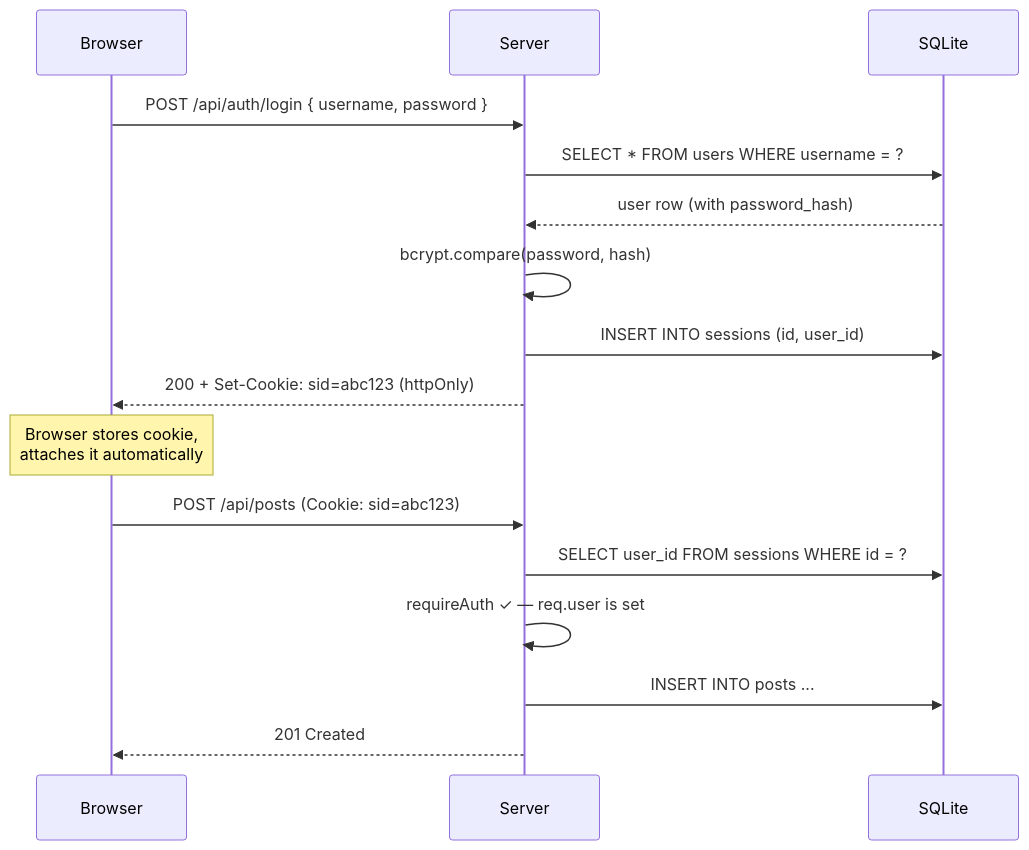
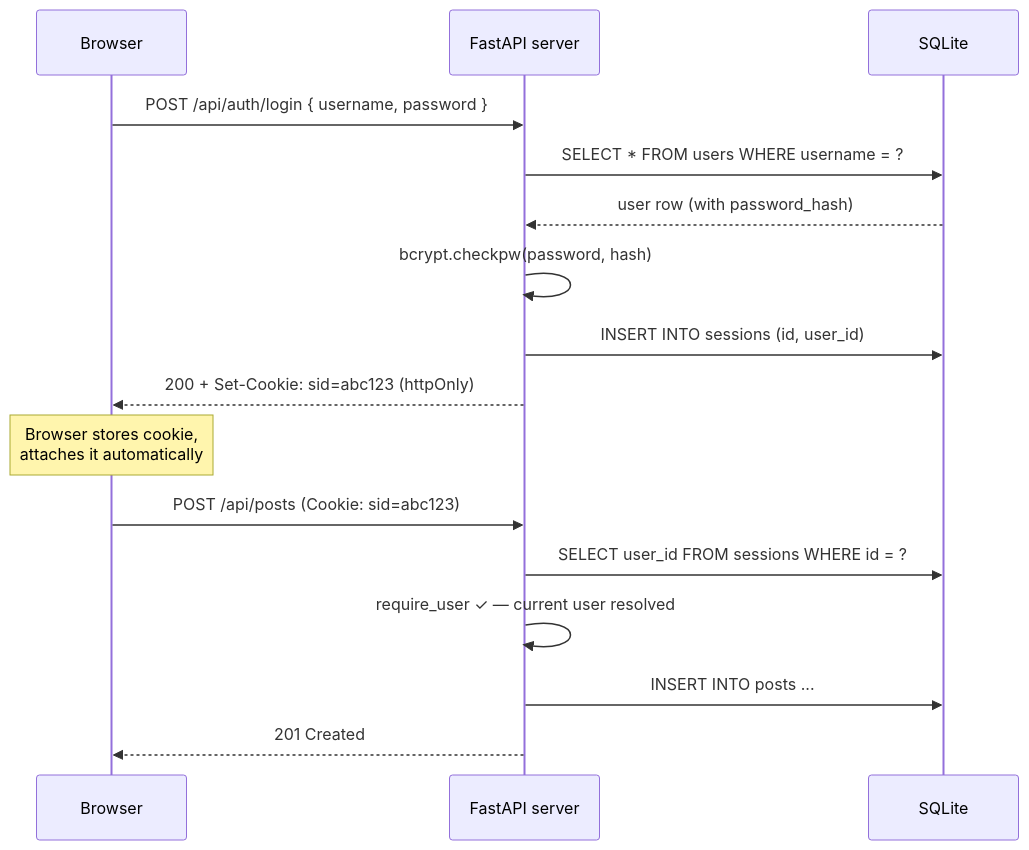
Before and after one commit to dannyyampik/learnig_app_se: the fourth of 5 diagrams in DESIGN.md, drawn with Mermaid. The commit also changed other lines of this file, not shown here.

First line of the commit message:
Switch backend design to Python + FastAPI; record review decisions

````diff
--- a/DESIGN.md
+++ b/DESIGN.md
@@ -255,20 +279,20 @@
 ```mermaid
 sequenceDiagram
     participant B as Browser
-    participant S as Server
+    participant S as FastAPI server
     participant DB as SQLite
 
     B->>S: POST /api/auth/login { username, password }
     S->>DB: SELECT * FROM users WHERE username = ?
     DB-->>S: user row (with password_hash)
-    S->>S: bcrypt.compare(password, hash)
+    S->>S: bcrypt.checkpw(password, hash)
     S->>DB: INSERT INTO sessions (id, user_id)
     S-->>B: 200 + Set-Cookie: sid=abc123 (httpOnly)
     Note over B: Browser stores cookie,<br/>attaches it automatically
 
     B->>S: POST /api/posts (Cookie: sid=abc123)
     S->>DB: SELECT user_id FROM sessions WHERE id = ?
-    S->>S: requireAuth ✓ — req.user is set
+    S->>S: require_user ✓ — current user resolved
     S->>DB: INSERT INTO posts ...
     S-->>B: 201 Created
 ```
````
